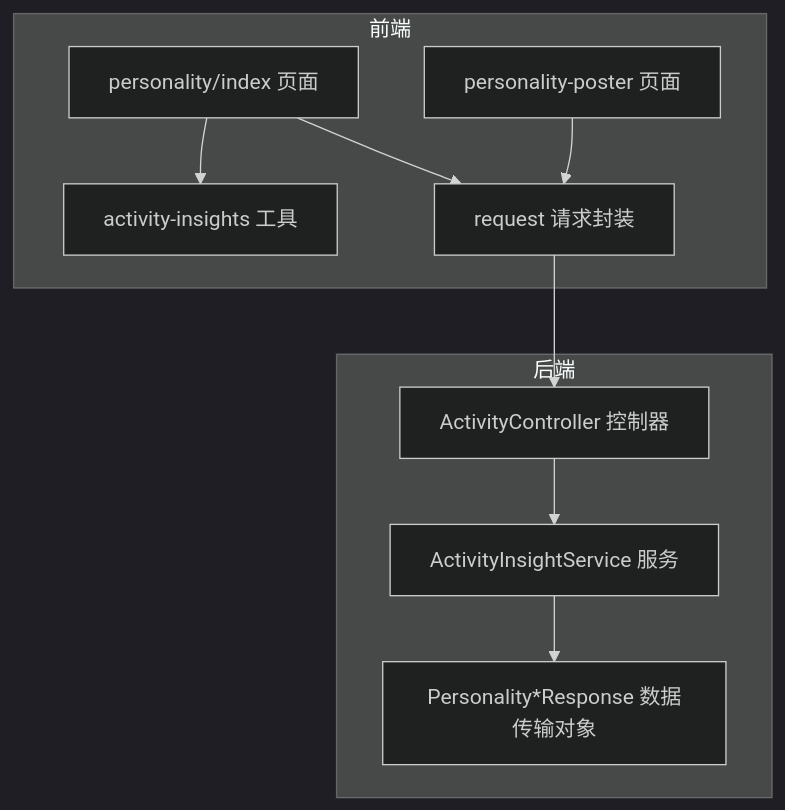
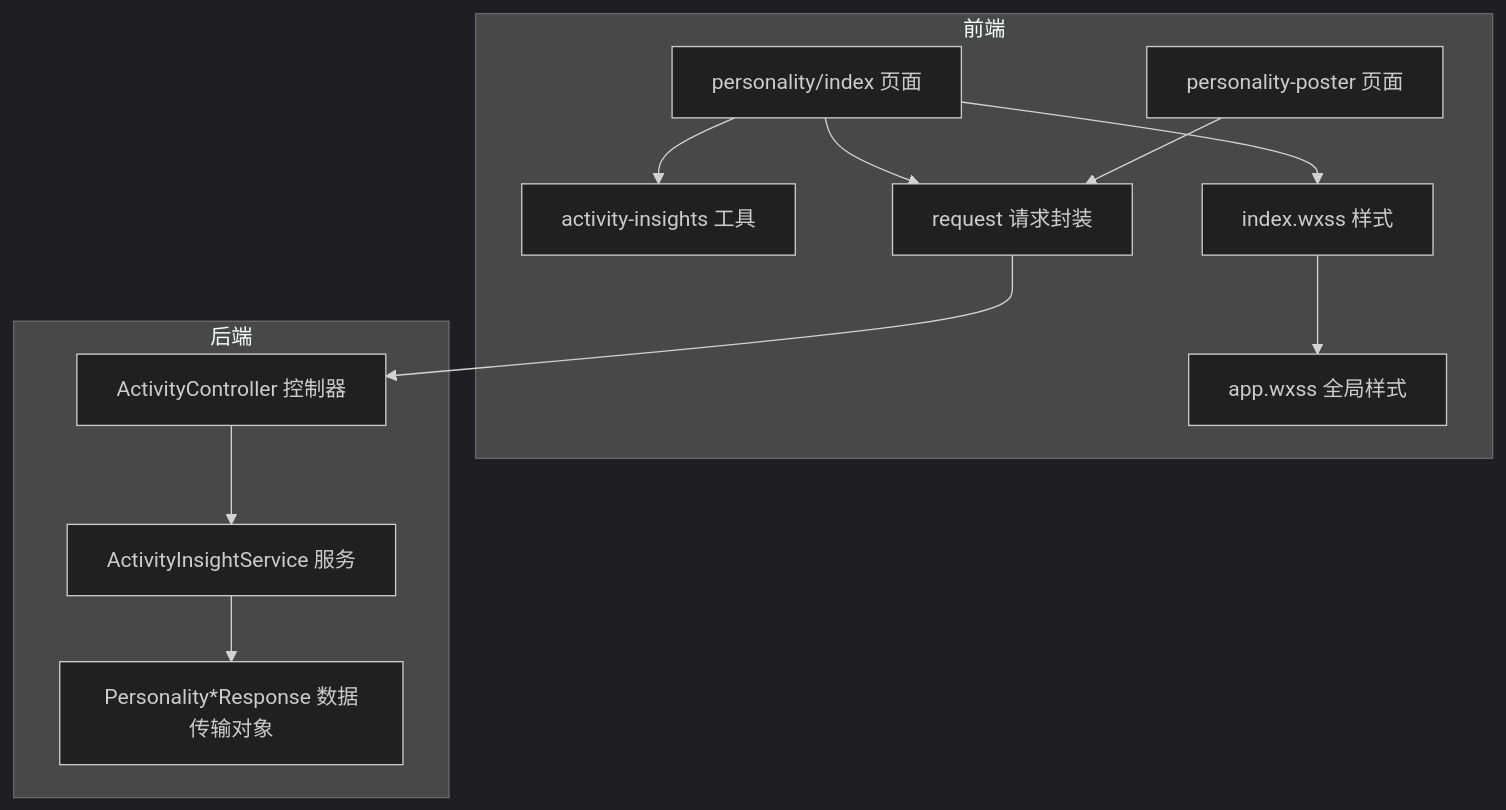
The first of 8 diagrams in .qoder/repowiki/zh/content/前端开发/页面组件开发/个人画像页面开发.md (cwxiao/zugeju), drawn with Mermaid (dark theme) before and after one commit. The commit also changed other lines of this file and 39 other files, not shown here.

First line of the commit message:
前端优化：压缩UI装饰图至38KB + 精简各页面冗余文案

````diff
--- a/.qoder/repowiki/zh/content/前端开发/页面组件开发/个人画像页面开发.md
+++ b/.qoder/repowiki/zh/content/前端开发/页面组件开发/个人画像页面开发.md
@@ -42,20 +55,24 @@
 ```mermaid
 graph TB
 subgraph "前端"
 PIndex["personality/index 页面"]
 PPoster["personality-poster 页面"]
 Utils["activity-insights 工具"]
 Request["request 请求封装"]
+Styles["index.wxss 样式"]
+AppStyles["app.wxss 全局样式"]
 end
 subgraph "后端"
 Controller["ActivityController 控制器"]
 InsightSvc["ActivityInsightService 服务"]
 DTOs["Personality*Response 数据传输对象"]
 end
 PIndex --> Request
 PPoster --> Request
 PIndex --> Utils
+PIndex --> Styles
+Styles --> AppStyles
 Request --> Controller
 Controller --> InsightSvc
 InsightSvc --> DTOs
 ```
````
